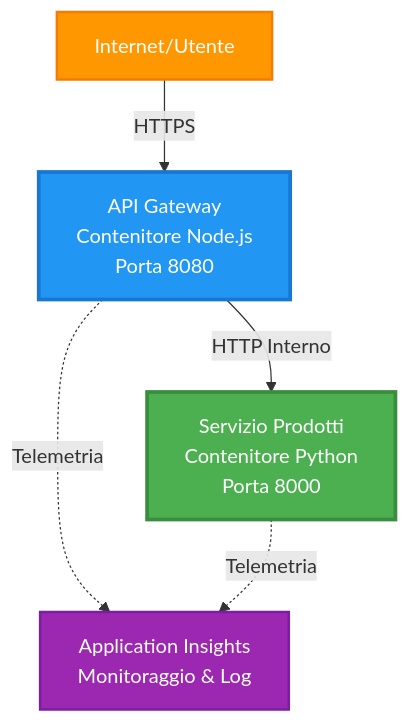
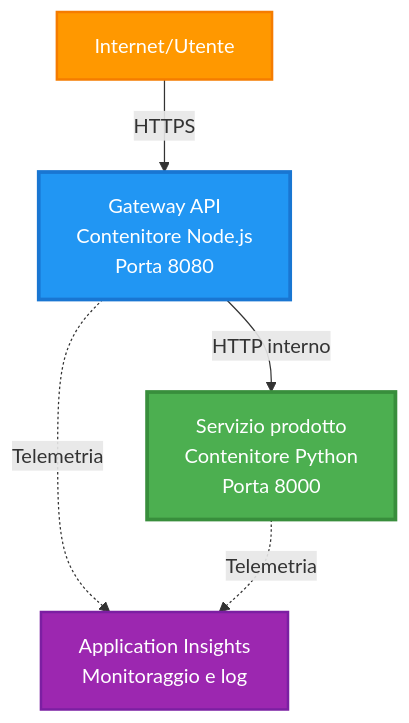
The first of 4 diagrams in translations/it/examples/microservices/README.md (microsoft/AZD-for-beginners), drawn with Mermaid before and after one commit. The commit also changed other lines of this file and 242 other files, not shown here.

````diff
--- a/translations/it/examples/microservices/README.md
+++ b/translations/it/examples/microservices/README.md
@@ -40,17 +31,17 @@
 ```mermaid
 graph TB
     Internet[Internet/Utente]
-    Gateway[API Gateway<br/>Contenitore Node.js<br/>Porta 8080]
-    Product[Servizio Prodotti<br/>Contenitore Python<br/>Porta 8000]
-    AppInsights[Application Insights<br/>Monitoraggio & Log]
+    Gateway[Gateway API<br/>Contenitore Node.js<br/>Porta 8080]
+    Product[Servizio prodotto<br/>Contenitore Python<br/>Porta 8000]
+    AppInsights[Application Insights<br/>Monitoraggio e log]
     
     Internet -->|HTTPS| Gateway
-    Gateway -->|HTTP Interno| Product
+    Gateway -->|HTTP interno| Product
     Gateway -.->|Telemetria| AppInsights
     Product -.->|Telemetria| AppInsights
     
     style Gateway fill:#2196F3,stroke:#1976D2,stroke-width:3px,color:#fff
     style Product fill:#4CAF50,stroke:#388E3C,stroke-width:3px,color:#fff
     style Internet fill:#FF9800,stroke:#F57C00,stroke-width:2px,color:#fff
     style AppInsights fill:#9C27B0,stroke:#7B1FA2,stroke-width:2px,color:#fff
 ```
````
